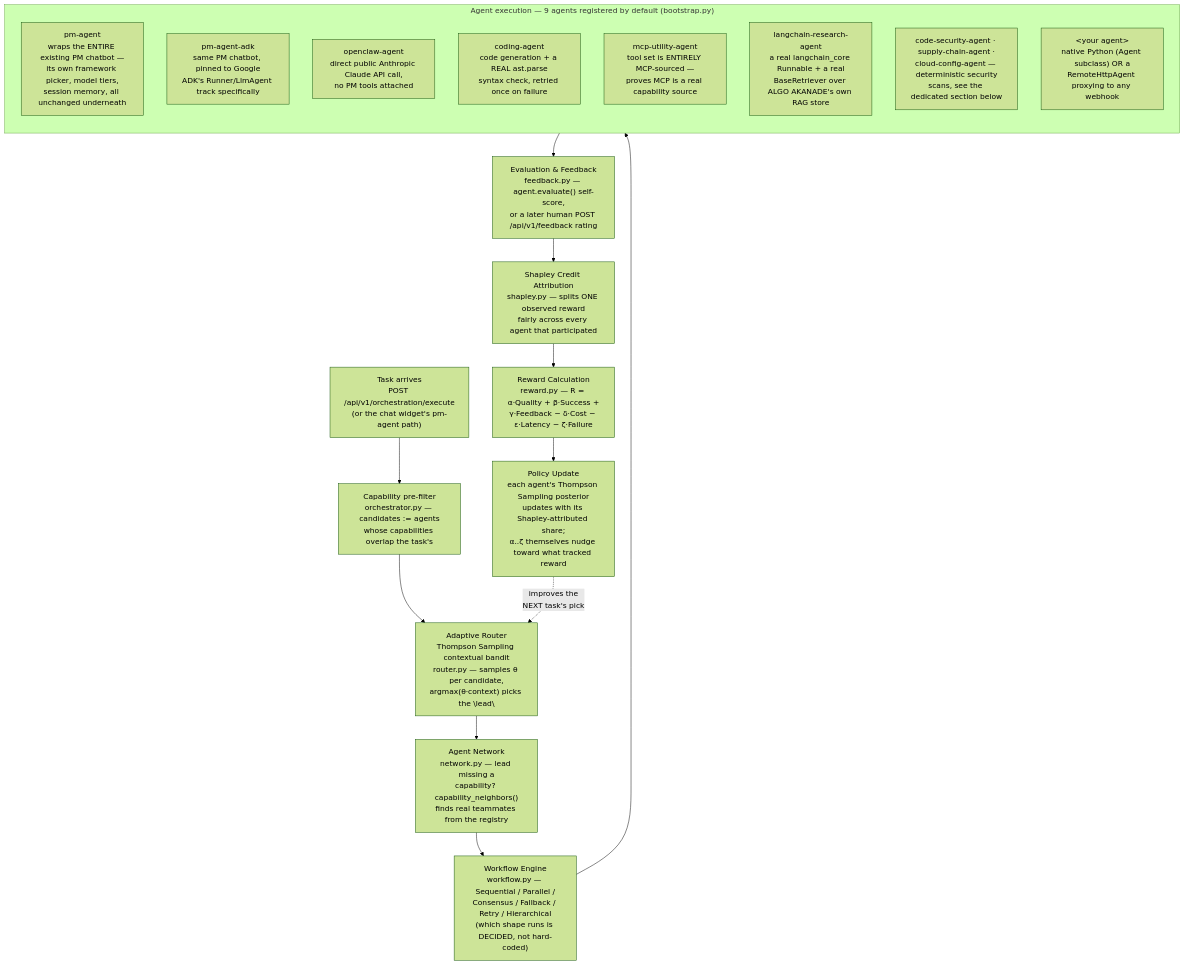
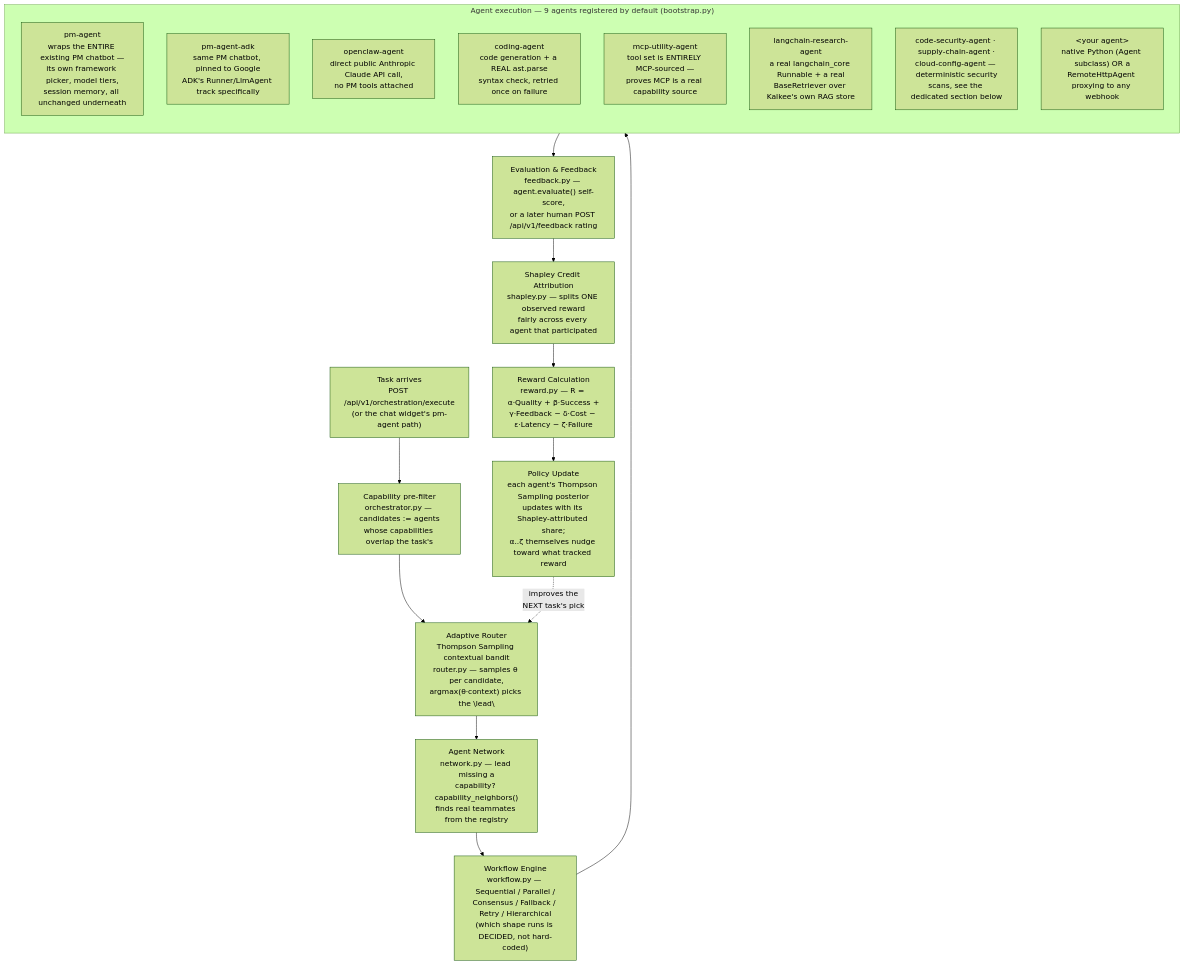
One commit to quantum-coder-732/mhRaaga changed the first of 9 diagrams in docs/kalkee/kalkee/README.md. Above: the diagram before and after it, drawn with Mermaid (forest theme). The commit also changed other lines of this file and 174 other files, not shown here.

Commit message:
Docs as HTML site at /docs (66 pages, search, diagrams, dark mode, phone layout); how-it-works and all-agents pages; remove Akanade copy of docs, product named Kalkee; remove stale how-it-works.html

````diff
--- a/docs/kalkee/kalkee/README.md
+++ b/docs/kalkee/kalkee/README.md
@@ -143,29 +143,29 @@
 ```mermaid
 flowchart TB
     TASK["Task arrives\nPOST /api/v1/orchestration/execute\n(or the chat widget's pm-agent path)"]
     FILTER["Capability pre-filter\norchestrator.py — candidates := agents\nwhose capabilities overlap the task's"]
     ROUTER["Adaptive Router\nThompson Sampling contextual bandit\nrouter.py — samples θ per candidate,\nargmax(θ·context) picks the \"lead\""]
     NET["Agent Network\nnetwork.py — lead missing a\ncapability? capability_neighbors()\nfinds real teammates from the registry"]
     WF["Workflow Engine\nworkflow.py — Sequential / Parallel /\nConsensus / Fallback / Retry / Hierarchical\n(which shape runs is DECIDED, not hard-coded)"]
 
     subgraph AGENTS["Agent execution — 9 agents registered by default (bootstrap.py)"]
         direction TB
         PM["pm-agent\nwraps the ENTIRE existing PM chatbot —\nits own framework picker, model tiers,\nsession memory, all unchanged underneath"]
         PMADK["pm-agent-adk\nsame PM chatbot, pinned to Google\nADK's Runner/LlmAgent track specifically"]
         OC["openclaw-agent\ndirect public Anthropic Claude API call,\nno PM tools attached"]
         CODE["coding-agent\ncode generation + a REAL ast.parse\nsyntax check, retried once on failure"]
         MCPA["mcp-utility-agent\ntool set is ENTIRELY MCP-sourced —\nproves MCP is a real capability source"]
-        LC["langchain-research-agent\na real langchain_core Runnable + a real\nBaseRetriever over ALGO AKANADE's own RAG store"]
+        LC["langchain-research-agent\na real langchain_core Runnable + a real\nBaseRetriever over Kalkee's own RAG store"]
         SEC3["code-security-agent · supply-chain-agent ·\ncloud-config-agent — deterministic security\nscans, see the dedicated section below"]
         YOU["&lt;your agent&gt;\nnative Python (Agent subclass) OR a\nRemoteHttpAgent proxying to any webhook"]
     end
 
     FEEDBACK["Evaluation & Feedback\nfeedback.py — agent.evaluate() self-score,\nor a later human POST /api/v1/feedback rating"]
     SHAPLEY["Shapley Credit Attribution\nshapley.py — splits ONE observed reward\nfairly across every agent that participated"]
     REWARD["Reward Calculation\nreward.py — R = α·Quality + β·Success +\nγ·Feedback − δ·Cost − ε·Latency − ζ·Failure"]
     POLICY["Policy Update\neach agent's Thompson Sampling posterior\nupdates with its Shapley-attributed share;\nα..ζ themselves nudge toward what tracked reward"]
 
     TASK --> FILTER --> ROUTER --> NET --> WF --> AGENTS
     AGENTS --> FEEDBACK --> SHAPLEY --> REWARD --> POLICY
     POLICY -.->|improves the\nNEXT task's pick| ROUTER
 ```
````
